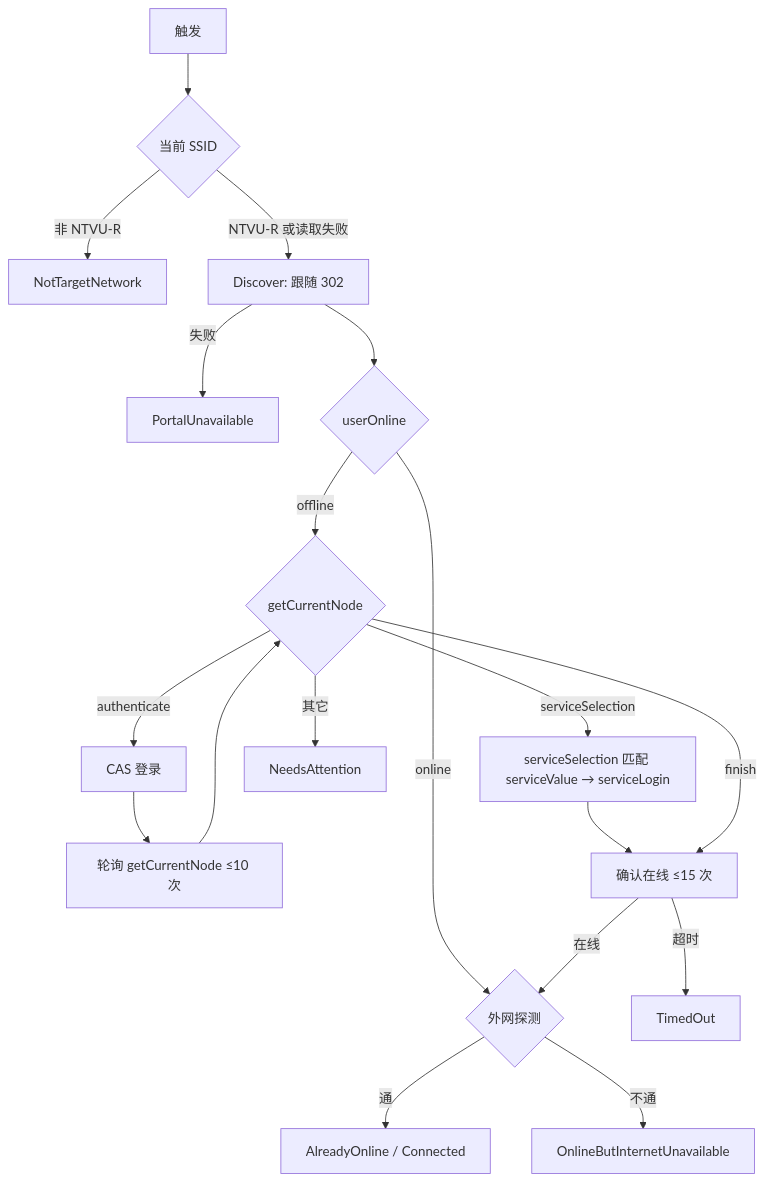
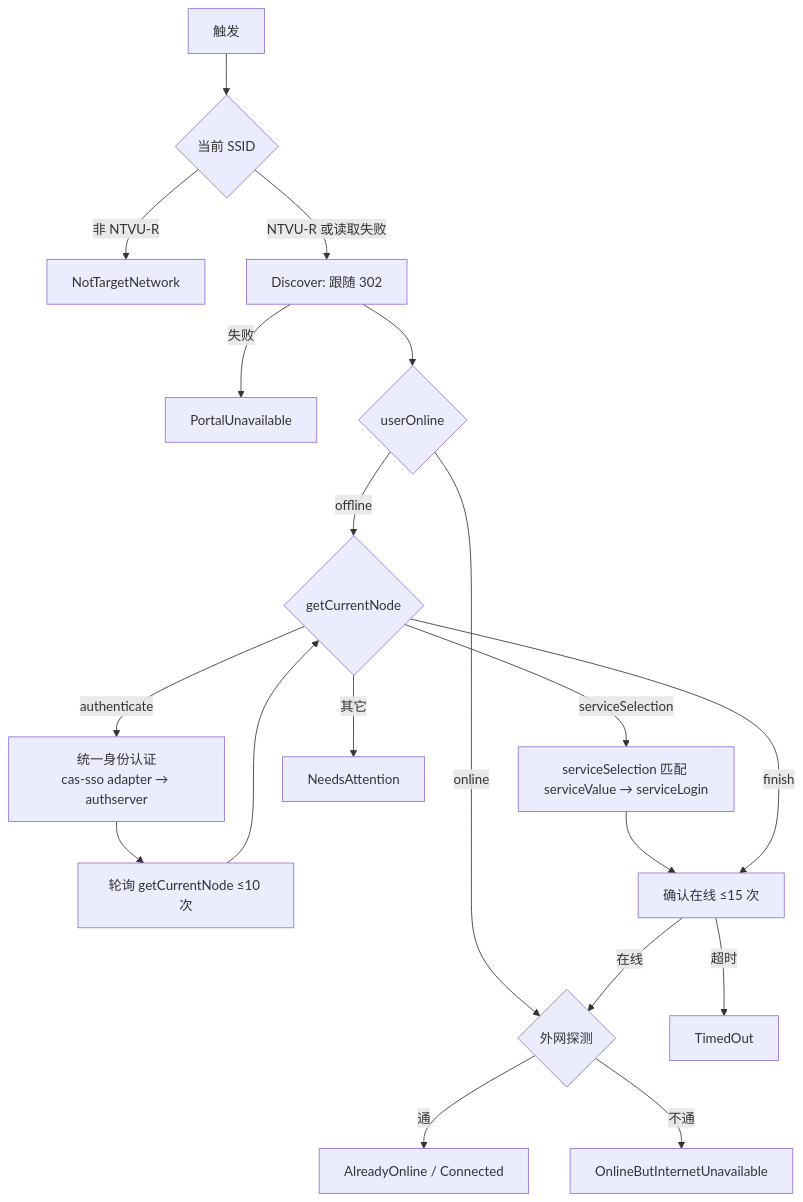
One commit to fguhrjj/ntvu-campus-connect changed the second of 2 diagrams in docs/superpowers/specs/2026-10-08-campus-autoconnect-design.md. Above: the diagram before and after it, drawn with Mermaid. The commit also changed other lines of this file, not shown here.

Commit message:
docs: route credentials through cas-sso adapter to authserver

````diff
--- a/docs/superpowers/specs/2026-10-08-campus-autoconnect-design.md
+++ b/docs/superpowers/specs/2026-10-08-campus-autoconnect-design.md
@@ -120,19 +126,19 @@
 ```mermaid
 flowchart TD
   T[触发] --> S{当前 SSID}
   S -- 非 NTVU-R --> NT[NotTargetNetwork]
   S -- NTVU-R 或读取失败 --> D[Discover: 跟随 302]
   D -- 失败 --> PU[PortalUnavailable]
   D --> O{userOnline}
   O -- online --> I{外网探测}
   I -- 通 --> AO[AlreadyOnline / Connected]
   I -- 不通 --> OBI[OnlineButInternetUnavailable]
   O -- offline --> N{getCurrentNode}
-  N -- authenticate --> C[CAS 登录] --> P[轮询 getCurrentNode ≤10 次] --> N
+  N -- authenticate --> C[统一身份认证<br/>cas-sso adapter → authserver] --> P[轮询 getCurrentNode ≤10 次] --> N
   N -- serviceSelection --> SV[serviceSelection 匹配 serviceValue → serviceLogin]
   SV --> V[确认在线 ≤15 次]
   N -- finish --> V
   N -- 其它 --> NA[NeedsAttention]
   V -- 在线 --> I
   V -- 超时 --> TO[TimedOut]
 ```
````
